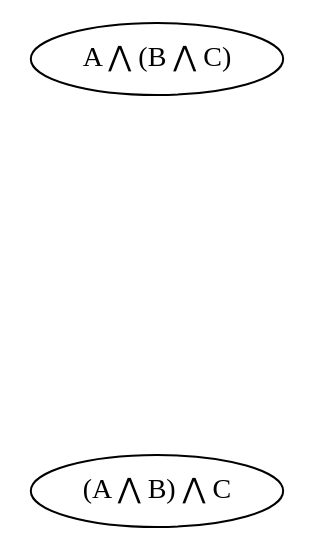
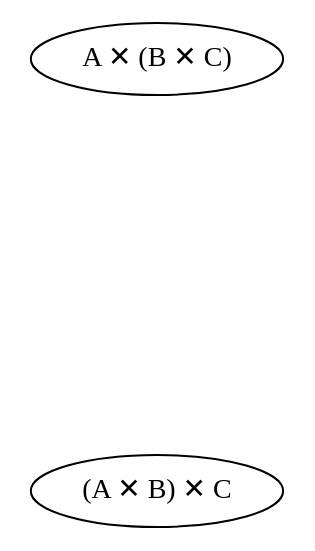
The diagram in src/graphviz/a_and_b_and_c_novalue.dot (nrinaudo/far-more-adt), drawn with Graphviz before and after one commit. The commit also changed 59 other files, not shown here.

```diff
--- a/src/graphviz/a_and_b_and_c_novalue.dot
+++ b/src/graphviz/a_and_b_and_c_novalue.dot
@@ -1,14 +1,14 @@
 digraph {
-    LeftAssoc[label="A ⋀ (B ⋀ C)"]
-    Aand[label="aᵢ ⋀ (bⱼ ⋀ cₖ)" class="value" style=invis]
+    LeftAssoc[label="A ✕ (B ✕ C)"]
+    Aand[label="aᵢ ✕ (bⱼ ✕ cₖ)" class="value" style=invis]
 
     LeftAssoc -> Aand[style=invis]
 
-    RightAssoc[label="(A ⋀ B) ⋀ C"]
-    andC[label="(aᵢ ⋀ bⱼ) ⋀ cₖ" class="value" style=invis]
+    RightAssoc[label="(A ✕ B) ✕ C"]
+    andC[label="(aᵢ ✕ bⱼ) ✕ cₖ" class="value" style=invis]
 
     andC -> RightAssoc[dir=back style=invis]
 
     Aand -> andC[style=invis]
     andC -> Aand[style=invis]
 }
```
